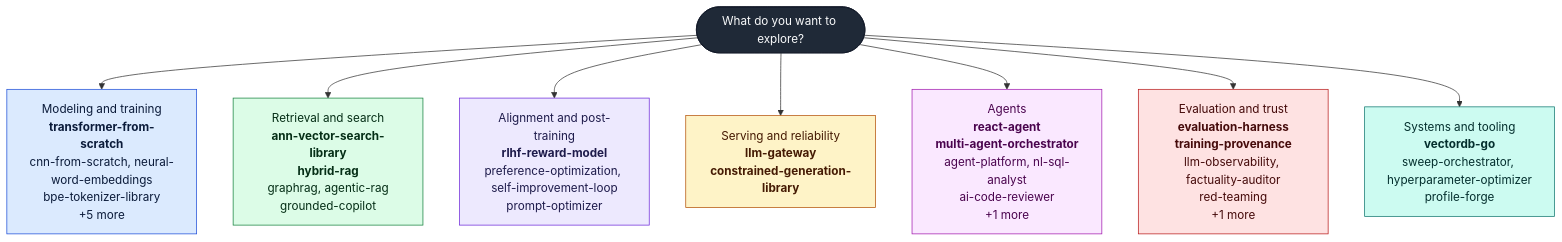
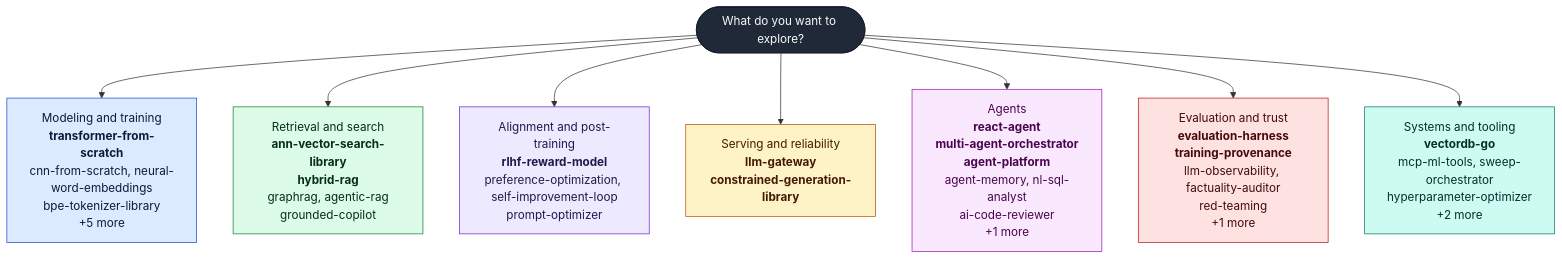
The first of 3 diagrams in examples/adeoluo.README.md (adeoluo/profile-forge), drawn with Mermaid before and after one commit. The commit also changed other lines of this file and 2 other files, not shown here.

````diff
--- a/examples/adeoluo.README.md
+++ b/examples/adeoluo.README.md
@@ -34,29 +35,29 @@
 ```mermaid
 flowchart TD
   n_root(["What do you want to explore?"])
   n_root --> n_model["Modeling and training<br/><b>transformer-from-scratch</b><br/>cnn-from-scratch, neural-word-embeddings<br/>bpe-tokenizer-library<br/>+5 more"]
   n_root --> n_retr["Retrieval and search<br/><b>ann-vector-search-library</b><br/><b>hybrid-rag</b><br/>graphrag, agentic-rag<br/>grounded-copilot"]
   n_root --> n_align["Alignment and post-training<br/><b>rlhf-reward-model</b><br/>preference-optimization, self-improvement-loop<br/>prompt-optimizer"]
   n_root --> n_serve["Serving and reliability<br/><b>llm-gateway</b><br/><b>constrained-generation-library</b>"]
-  n_root --> n_agent["Agents<br/><b>react-agent</b><br/><b>multi-agent-orchestrator</b><br/>agent-platform, nl-sql-analyst<br/>ai-code-reviewer<br/>+1 more"]
+  n_root --> n_agent["Agents<br/><b>react-agent</b><br/><b>multi-agent-orchestrator</b><br/><b>agent-platform</b><br/>agent-memory, nl-sql-analyst<br/>ai-code-reviewer<br/>+1 more"]
   n_root --> n_trust["Evaluation and trust<br/><b>evaluation-harness</b><br/><b>training-provenance</b><br/>llm-observability, factuality-auditor<br/>red-teaming<br/>+1 more"]
-  n_root --> n_sys["Systems and tooling<br/><b>vectordb-go</b><br/>sweep-orchestrator, hyperparameter-optimizer<br/>profile-forge"]
+  n_root --> n_sys["Systems and tooling<br/><b>vectordb-go</b><br/>mcp-ml-tools, sweep-orchestrator<br/>hyperparameter-optimizer<br/>+2 more"]
 
   classDef c_root fill:#1f2937,stroke:#111827,color:#f9fafb;
   classDef c_model fill:#dbeafe,stroke:#1d4ed8,color:#0b1b3a;
   classDef c_retr fill:#dcfce7,stroke:#15803d,color:#052e16;
   classDef c_align fill:#ede9fe,stroke:#6d28d9,color:#1e1b4b;
   classDef c_serve fill:#fef3c7,stroke:#b45309,color:#451a03;
   classDef c_agent fill:#fae8ff,stroke:#a21caf,color:#4a044e;
   classDef c_trust fill:#fee2e2,stroke:#b91c1c,color:#450a0a;
   classDef c_sys fill:#ccfbf1,stroke:#0f766e,color:#042f2e;
 
   class n_root c_root;
   class n_model c_model;
   class n_retr c_retr;
   class n_align c_align;
   class n_serve c_serve;
   class n_agent c_agent;
   class n_trust c_trust;
   class n_sys c_sys;
 ```
````
